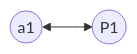
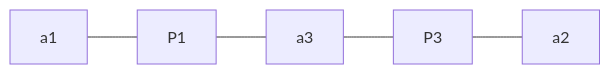
The third of 3 diagrams in КГОИ.md (advatrix/lectures-bac), drawn with Mermaid before and after one commit. The commit also changed other lines of this file, not shown here.

````diff
--- a/КГОИ.md
+++ b/КГОИ.md
@@ -1627,4 +1627,8 @@
 ```mermaid
-flowchart LR
-A1((a1)) <--> P1((P1))
+graph LR
+a1 --- P1
+P1 --- a3
+a3 --- P3
+P3 --- a2
+
 ```
````
